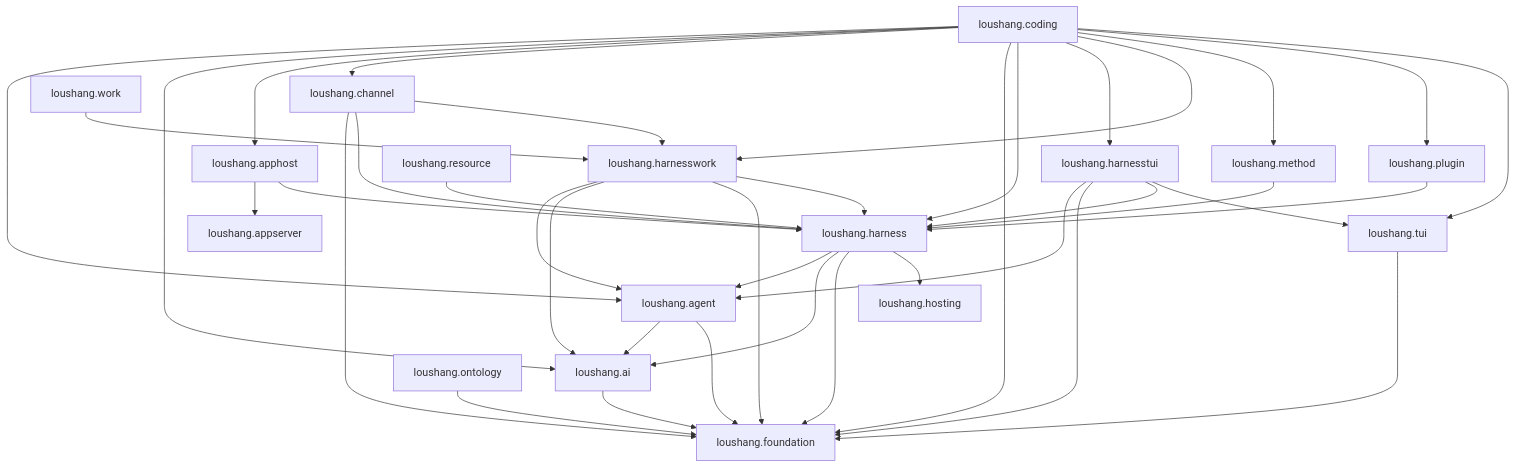
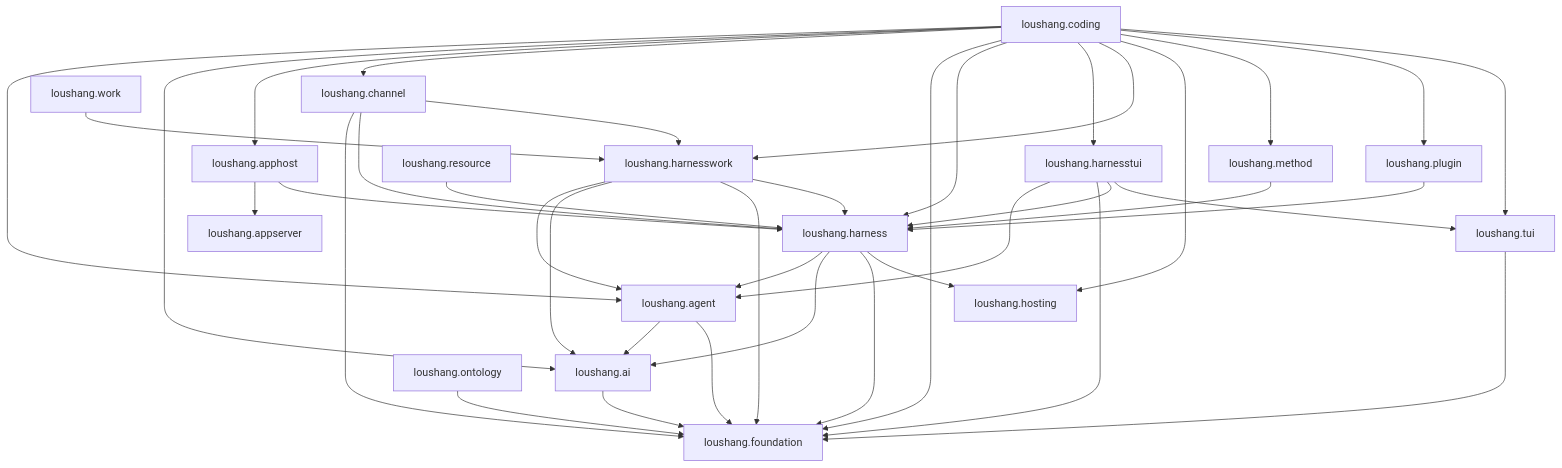
The diagram in docs/internals/architecture/generated/current-package-dependencies.md (zhnt/loushang), drawn with Mermaid before and after one commit. The commit also changed other lines of this file and 32 other files, not shown here.

````diff
--- a/docs/internals/architecture/generated/current-package-dependencies.md
+++ b/docs/internals/architecture/generated/current-package-dependencies.md
@@ -27,58 +27,59 @@
 ```mermaid
 graph TD
     PKG_AGENT["loushang.agent"]
     PKG_AI["loushang.ai"]
     PKG_APPHOST["loushang.apphost"]
     PKG_APPSERVER["loushang.appserver"]
     PKG_CHANNEL["loushang.channel"]
     PKG_CODING["loushang.coding"]
     PKG_FOUNDATION["loushang.foundation"]
     PKG_HARNESS["loushang.harness"]
     PKG_HARNESSTUI["loushang.harnesstui"]
     PKG_HARNESSWORK["loushang.harnesswork"]
     PKG_HOSTING["loushang.hosting"]
     PKG_METHOD["loushang.method"]
     PKG_ONTOLOGY["loushang.ontology"]
     PKG_PLUGIN["loushang.plugin"]
     PKG_RESOURCE["loushang.resource"]
     PKG_TUI["loushang.tui"]
     PKG_WORK["loushang.work"]
 
     PKG_AGENT --> PKG_AI
     PKG_AGENT --> PKG_FOUNDATION
     PKG_AI --> PKG_FOUNDATION
     PKG_APPHOST --> PKG_APPSERVER
     PKG_APPHOST --> PKG_HARNESS
     PKG_CHANNEL --> PKG_FOUNDATION
     PKG_CHANNEL --> PKG_HARNESS
     PKG_CHANNEL --> PKG_HARNESSWORK
     PKG_CODING --> PKG_AGENT
     PKG_CODING --> PKG_AI
     PKG_CODING --> PKG_APPHOST
     PKG_CODING --> PKG_CHANNEL
     PKG_CODING --> PKG_FOUNDATION
     PKG_CODING --> PKG_HARNESS
     PKG_CODING --> PKG_HARNESSTUI
     PKG_CODING --> PKG_HARNESSWORK
+    PKG_CODING --> PKG_HOSTING
     PKG_CODING --> PKG_METHOD
     PKG_CODING --> PKG_PLUGIN
     PKG_CODING --> PKG_TUI
     PKG_HARNESS --> PKG_AGENT
     PKG_HARNESS --> PKG_AI
     PKG_HARNESS --> PKG_FOUNDATION
     PKG_HARNESS --> PKG_HOSTING
     PKG_HARNESSTUI --> PKG_AGENT
     PKG_HARNESSTUI --> PKG_FOUNDATION
     PKG_HARNESSTUI --> PKG_HARNESS
     PKG_HARNESSTUI --> PKG_TUI
     PKG_HARNESSWORK --> PKG_AGENT
     PKG_HARNESSWORK --> PKG_AI
     PKG_HARNESSWORK --> PKG_FOUNDATION
     PKG_HARNESSWORK --> PKG_HARNESS
     PKG_METHOD --> PKG_HARNESS
     PKG_ONTOLOGY --> PKG_FOUNDATION
     PKG_PLUGIN --> PKG_HARNESS
     PKG_RESOURCE --> PKG_HARNESS
     PKG_TUI --> PKG_FOUNDATION
     PKG_WORK --> PKG_HARNESSWORK
 ```
````
